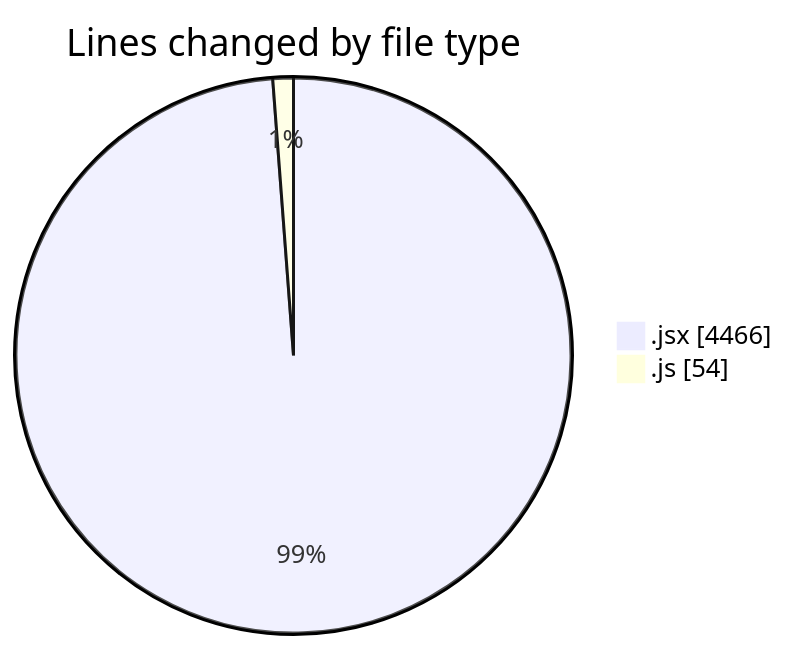
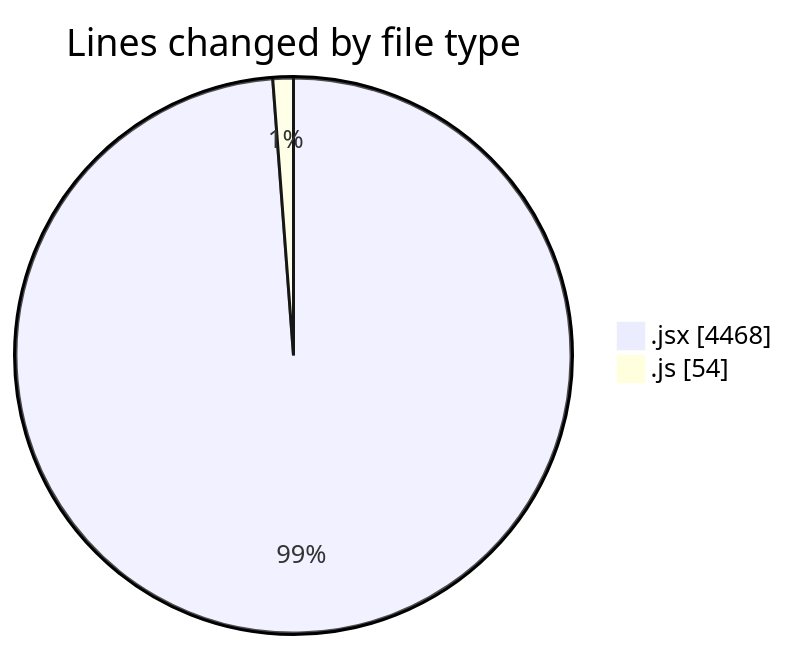
One commit to nxtqubesakshisongat/code-tracking changed the first of 2 diagrams in 2025-06-25/nxtqube_webapp/README.md. Above: the diagram before and after it, drawn with Mermaid. The commit also changed other lines of this file and 1 other file, not shown here.

````diff
--- a/2025-06-25/nxtqube_webapp/README.md
+++ b/2025-06-25/nxtqube_webapp/README.md
@@ -24,6 +24,6 @@
 ```mermaid
 pie showData
 title Lines changed by file type
-".jsx" : 4466
+".jsx" : 4468
 ".js" : 54
 ```
````
